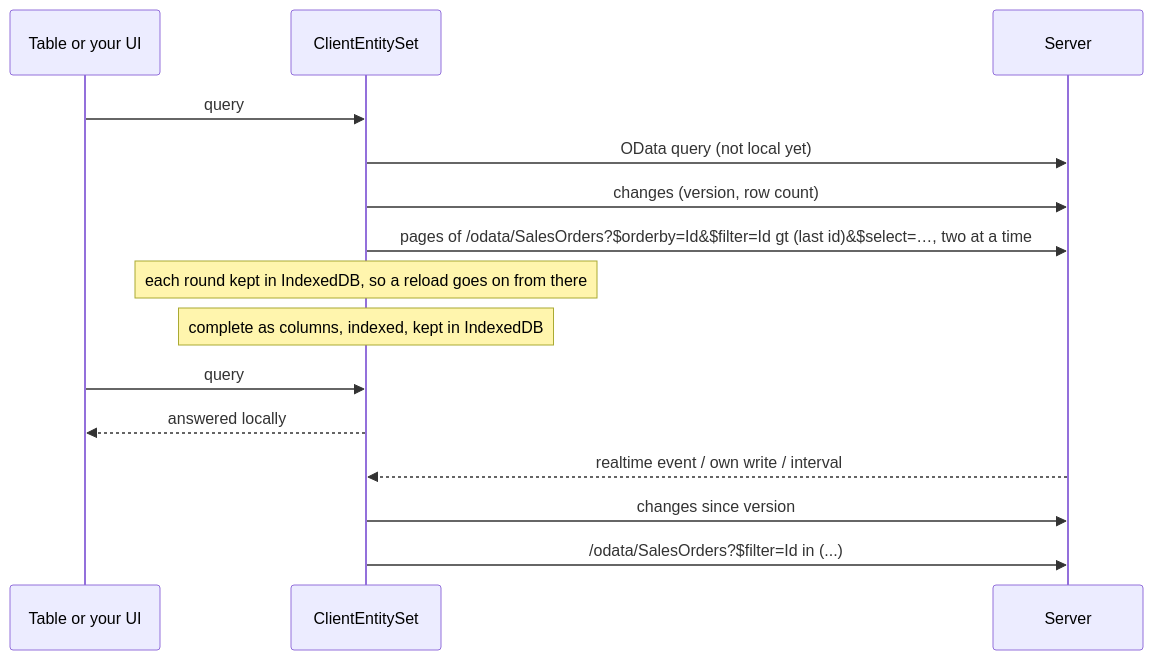
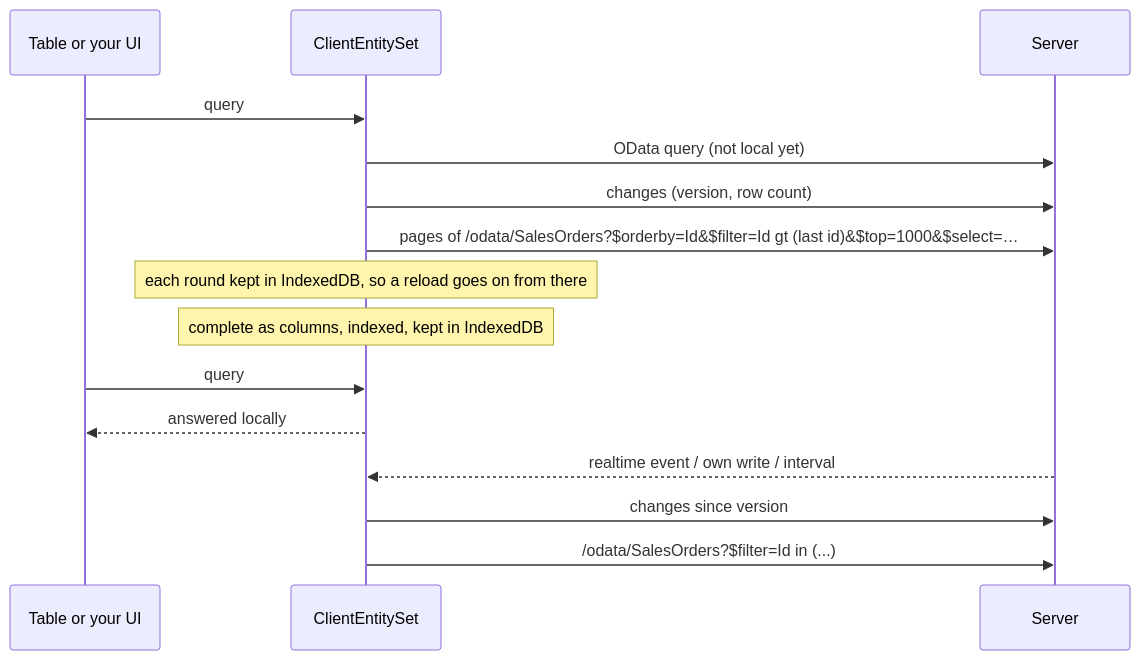
The diagram in website/docs/ui/client-entities.md (fgilde/CoworkeeLib), drawn with Mermaid before and after one commit. The commit also changed other lines of this file and 10 other files, not shown here.

Commit message:
fix(client-entities): one keyset page at a time by default (ParallelPages 1), never a growing skip; test the download pages and that a finished sync never starts over

````diff
--- a/website/docs/ui/client-entities.md
+++ b/website/docs/ui/client-entities.md
@@ -9,17 +9,17 @@
 ```mermaid
 sequenceDiagram
     participant T as Table or your UI
     participant S as ClientEntitySet
     participant API as Server
     T->>S: query
     S->>API: OData query (not local yet)
     S->>API: changes (version, row count)
-    S->>API: pages of /odata/SalesOrders?$orderby=Id&$filter=Id gt (last id)&$select=…, two at a time
+    S->>API: pages of /odata/SalesOrders?$orderby=Id&$filter=Id gt (last id)&$top=1000&$select=…
     Note over S: each round kept in IndexedDB, so a reload goes on from there
     Note over S: complete as columns, indexed, kept in IndexedDB
     T->>S: query
     S-->>T: answered locally
     API-->>S: realtime event / own write / interval
     S->>API: changes since version
     S->>API: /odata/SalesOrders?$filter=Id in (...)
 ```
````
